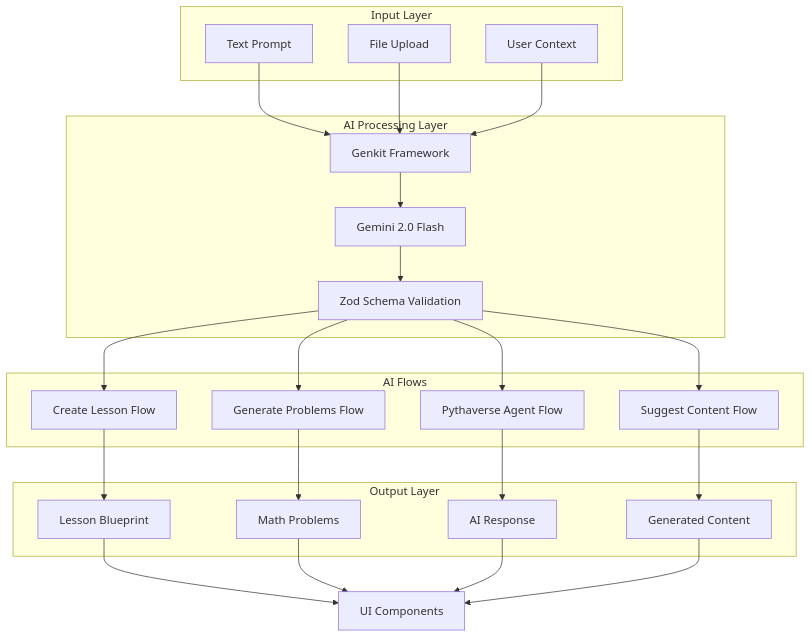
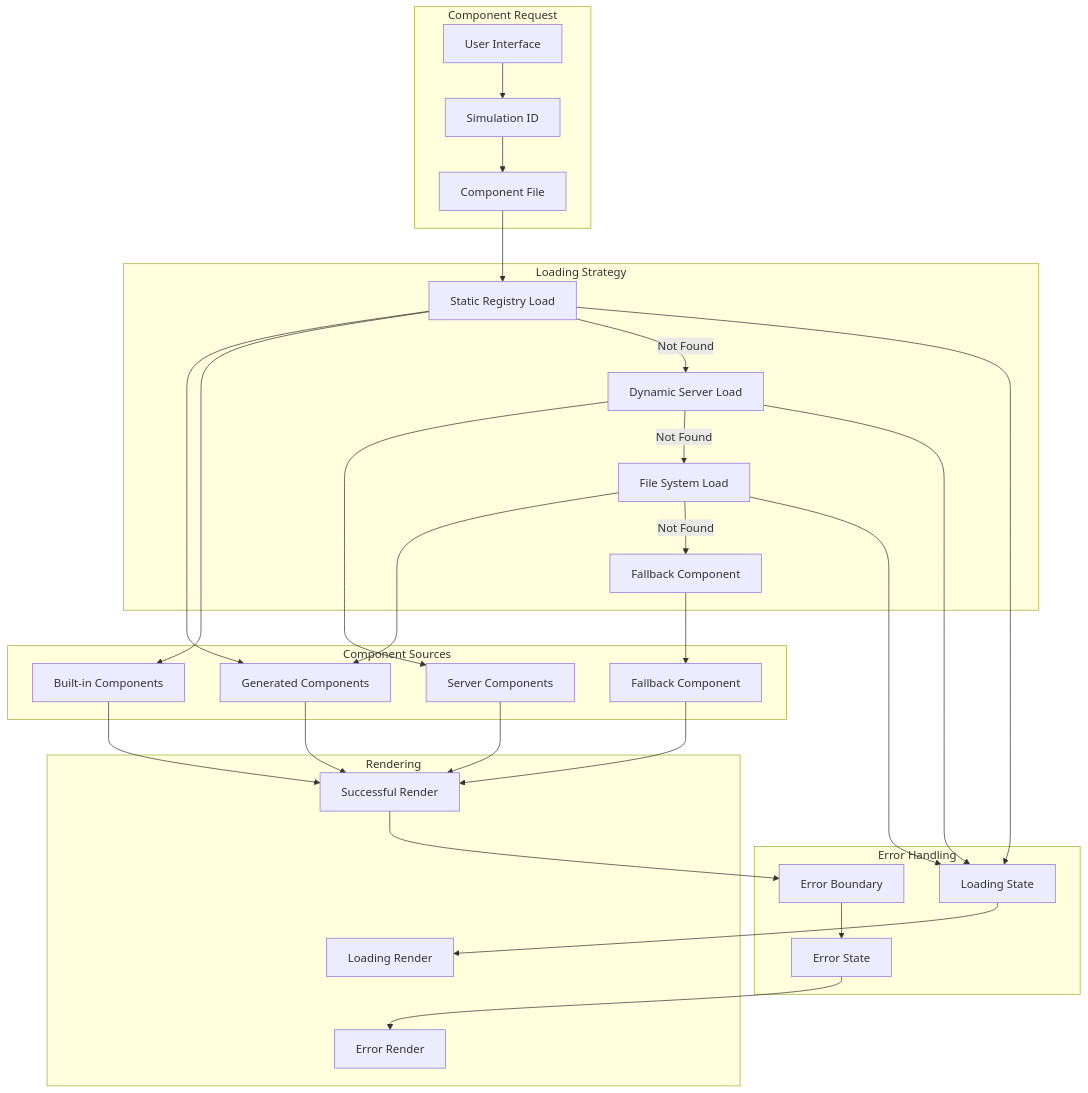
Before and after one commit to thetrungdtt/MathMind: the tenth of 12 diagrams in Design.md, drawn with Mermaid. The commit also changed other lines of this file, not shown here.

````diff
--- a/Design.md
+++ b/Design.md
@@ -681,50 +1127,64 @@
 ```mermaid
 graph TB
-    subgraph "Input Layer"
-        Prompt[Text Prompt]
-        File[File Upload]
-        Context[User Context]
+    subgraph "Component Request"
+        UI[User Interface]
+        SimID[Simulation ID]
+        CompFile[Component File]
     end
     
-    subgraph "AI Processing Layer"
-        Genkit[Genkit Framework]
-        Gemini[Gemini 2.0 Flash]
-        Schema[Zod Schema Validation]
+    subgraph "Loading Strategy"
+        StaticLoad[Static Registry Load]
+        DynamicLoad[Dynamic Server Load]
+        FileLoad[File System Load]
+        FallbackLoad[Fallback Component]
     end
     
-    subgraph "AI Flows"
-        CL[Create Lesson Flow]
-        GP[Generate Problems Flow]
-        PA[Pythaverse Agent Flow]
-        SC[Suggest Content Flow]
+    subgraph "Component Sources"
+        GeneratedComp[Generated Components]
+        BuiltInComp[Built-in Components]
+        ServerComp[Server Components]
+        FallbackComp[Fallback Component]
     end
     
-    subgraph "Output Layer"
-        Blueprint[Lesson Blueprint]
-        Problems[Math Problems]
-        Response[AI Response]
-        Content[Generated Content]
+    subgraph "Error Handling"
+        ErrorBoundary[Error Boundary]
+        LoadingState[Loading State]
+        ErrorState[Error State]
     end
     
-    Prompt --> Genkit
-    File --> Genkit
-    Context --> Genkit
+    subgraph "Rendering"
+        SuccessRender[Successful Render]
+        ErrorRender[Error Render]
+        LoadingRender[Loading Render]
+    end
     
-    Genkit --> Gemini
-    Gemini --> Schema
+    UI --> SimID
+    SimID --> CompFile
     
-    Schema --> CL
-    Schema --> GP
-    Schema --> PA
-    Schema --> SC
+    CompFile --> StaticLoad
+    StaticLoad --> GeneratedComp
+    StaticLoad --> BuiltInComp
     
-    CL --> Blueprint
-    GP --> Problems
-    PA --> Response
-    SC --> Content
+    GeneratedComp --> SuccessRender
+    BuiltInComp --> SuccessRender
     
-    Blueprint --> UI[UI Components]
-    Problems --> UI
-    Response --> UI
-    Content --> UI
+    StaticLoad -->|Not Found| DynamicLoad
+    DynamicLoad --> ServerComp
+    ServerComp --> SuccessRender
+    
+    DynamicLoad -->|Not Found| FileLoad
+    FileLoad --> GeneratedComp
+    
+    FileLoad -->|Not Found| FallbackLoad
+    FallbackLoad --> FallbackComp
+    FallbackComp --> SuccessRender
+    
+    SuccessRender --> ErrorBoundary
+    ErrorBoundary --> ErrorState
+    ErrorState --> ErrorRender
+    
+    StaticLoad --> LoadingState
+    DynamicLoad --> LoadingState
+    FileLoad --> LoadingState
+    LoadingState --> LoadingRender
 ```
````
